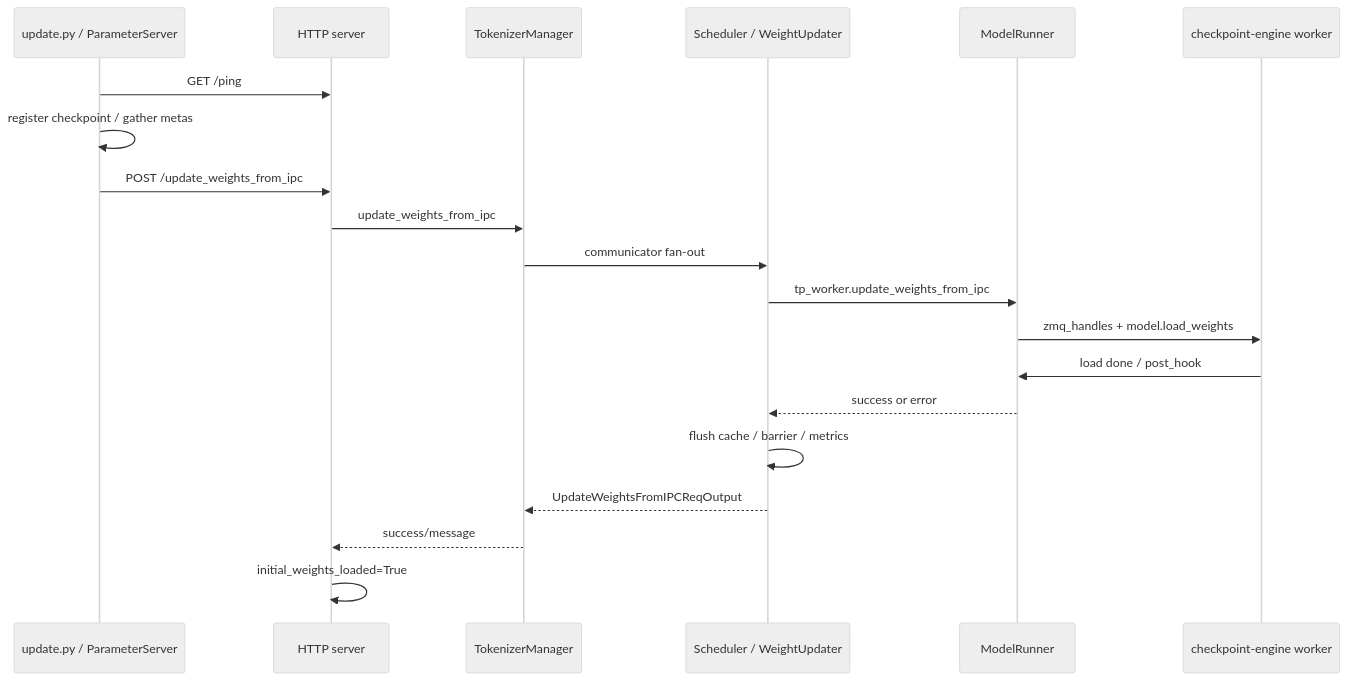
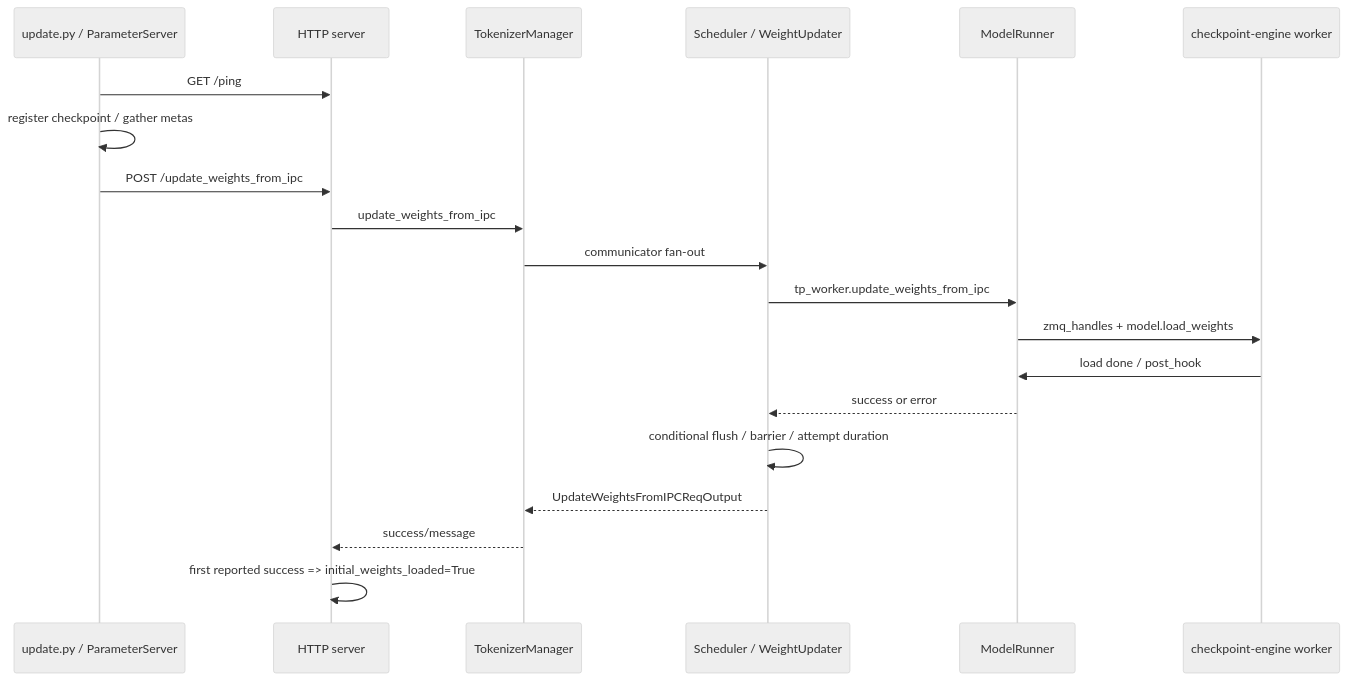
One commit to OnlyHero5/sglang-reading-vault changed the diagram in sglang_reading/高级特性/CheckpointEngine/SGLang-CheckpointEngine-数据流.md. Above: the diagram before and after it, drawn with Mermaid (neutral theme). The commit also changed other lines of this file and 512 other files, not shown here.

````diff
--- a/sglang_reading/高级特性/CheckpointEngine/SGLang-CheckpointEngine-数据流.md
+++ b/sglang_reading/高级特性/CheckpointEngine/SGLang-CheckpointEngine-数据流.md
@@ -22,23 +22,23 @@
 ```mermaid
 sequenceDiagram
   participant PS as update.py / ParameterServer
   participant HTTP as HTTP server
   participant TM as TokenizerManager
   participant S as Scheduler / WeightUpdater
   participant MR as ModelRunner
   participant CE as checkpoint-engine worker
 
   PS->>HTTP: GET /ping
   PS->>PS: register checkpoint / gather metas
   PS->>HTTP: POST /update_weights_from_ipc
   HTTP->>TM: update_weights_from_ipc
   TM->>S: communicator fan-out
   S->>MR: tp_worker.update_weights_from_ipc
   MR->>CE: zmq_handles + model.load_weights
   CE->>MR: load done / post_hook
   MR-->>S: success or error
-  S->>S: flush cache / barrier / metrics
+  S->>S: conditional flush / barrier / attempt duration
   S-->>TM: UpdateWeightsFromIPCReqOutput
   TM-->>HTTP: success/message
-  HTTP->>HTTP: initial_weights_loaded=True
+  HTTP->>HTTP: first reported success => initial_weights_loaded=True
 ```
````
